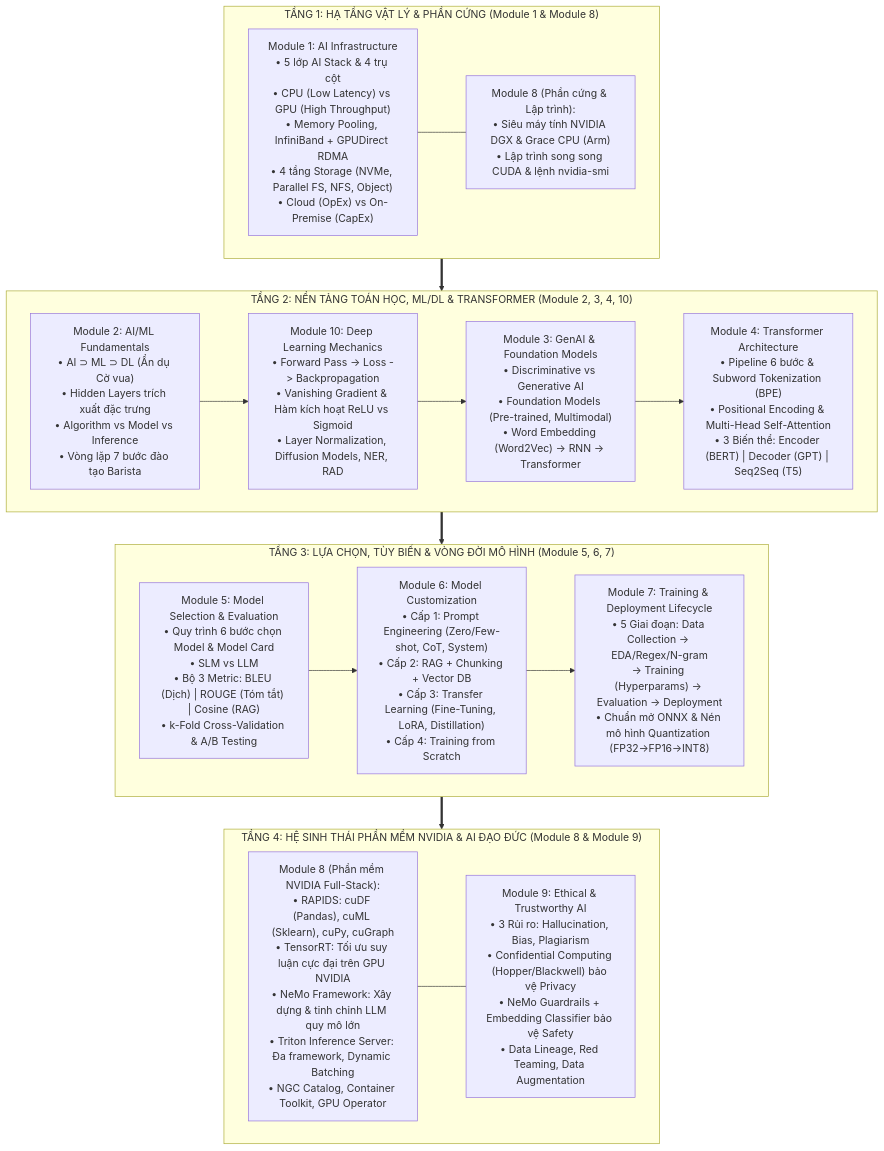
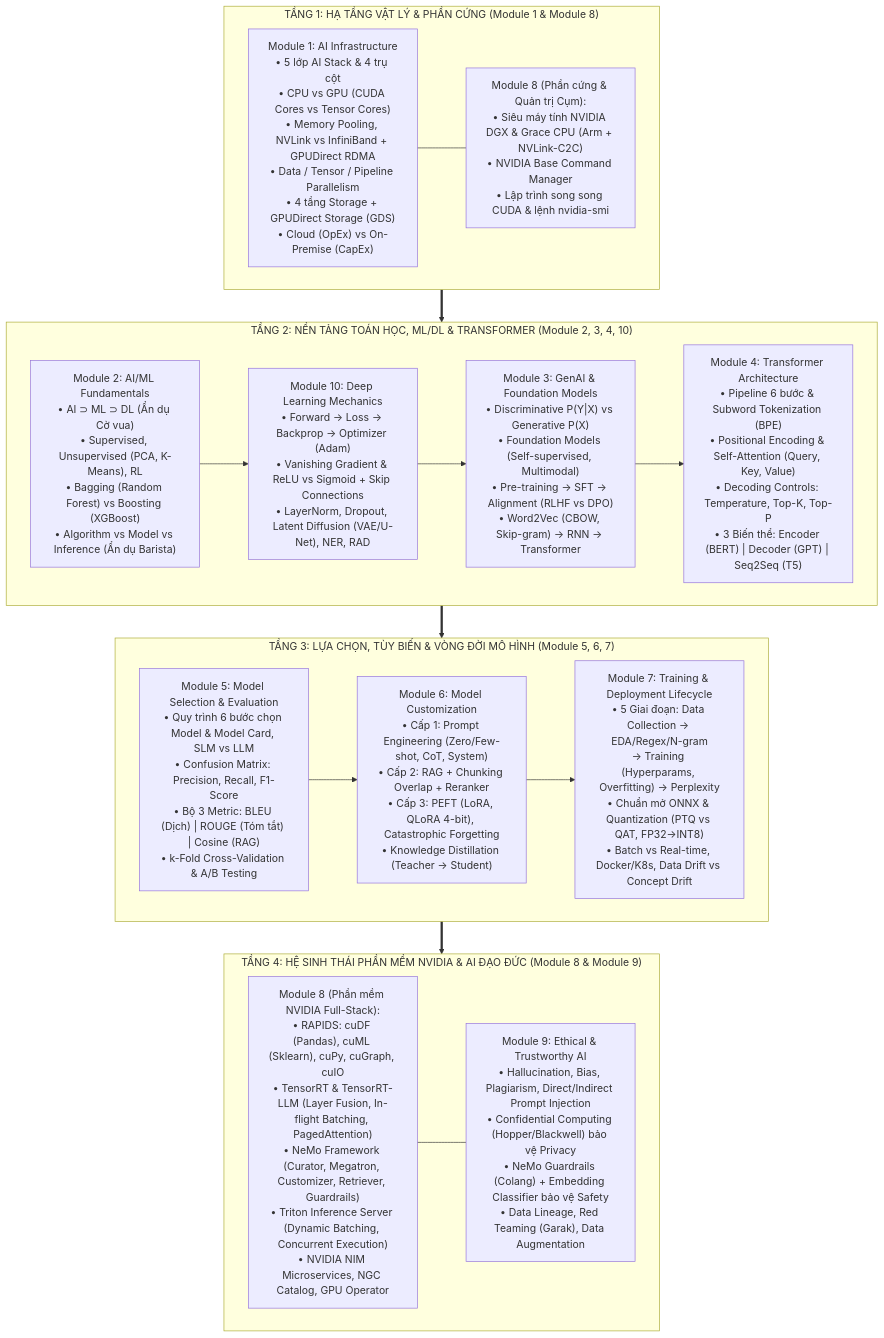
Before and after one commit to nxthanh2904/nca-genl: the diagram in README.md, drawn with Mermaid. The commit also changed other lines of this file and 3 other files, not shown here.

````diff
--- a/README.md
+++ b/README.md
@@ -11,34 +23,34 @@
 ```mermaid
 flowchart TD
     subgraph Infra["TẦNG 1: HẠ TẦNG VẬT LÝ & PHẦN CỨNG (Module 1 & Module 8)"]
-        M1["Module 1: AI Infrastructure<br/>• 5 lớp AI Stack & 4 trụ cột<br/>• CPU (Low Latency) vs GPU (High Throughput)<br/>• Memory Pooling, InfiniBand + GPUDirect RDMA<br/>• 4 tầng Storage (NVMe, Parallel FS, NFS, Object)<br/>• Cloud (OpEx) vs On-Premise (CapEx)"]
-        M8_HW["Module 8 (Phần cứng & Lập trình):<br/>• Siêu máy tính NVIDIA DGX & Grace CPU (Arm)<br/>• Lập trình song song CUDA & lệnh nvidia-smi"]
+        M1["Module 1: AI Infrastructure<br/>• 5 lớp AI Stack & 4 trụ cột<br/>• CPU vs GPU (CUDA Cores vs Tensor Cores)<br/>• Memory Pooling, NVLink vs InfiniBand + GPUDirect RDMA<br/>• Data / Tensor / Pipeline Parallelism<br/>• 4 tầng Storage + GPUDirect Storage (GDS)<br/>• Cloud (OpEx) vs On-Premise (CapEx)"]
+        M8_HW["Module 8 (Phần cứng & Quản trị Cụm):<br/>• Siêu máy tính NVIDIA DGX & Grace CPU (Arm + NVLink-C2C)<br/>• NVIDIA Base Command Manager<br/>• Lập trình song song CUDA & lệnh nvidia-smi"]
         M1 --- M8_HW
     end
 
     subgraph CoreAI["TẦNG 2: NỀN TẢNG TOÁN HỌC, ML/DL & TRANSFORMER (Module 2, 3, 4, 10)"]
-        M2["Module 2: AI/ML Fundamentals<br/>• AI ⊃ ML ⊃ DL (Ẩn dụ Cờ vua)<br/>• Hidden Layers trích xuất đặc trưng<br/>• Algorithm vs Model vs Inference<br/>• Vòng lặp 7 bước đào tạo Barista"]
-        M10["Module 10: Deep Learning Mechanics<br/>• Forward Pass -> Loss -> Backpropagation<br/>• Vanishing Gradient & Hàm kích hoạt ReLU vs Sigmoid<br/>• Layer Normalization, Diffusion Models, NER, RAD"]
-        M3["Module 3: GenAI & Foundation Models<br/>• Discriminative vs Generative AI<br/>• Foundation Models (Pre-trained, Multimodal)<br/>• Word Embedding (Word2Vec) -> RNN -> Transformer"]
-        M4["Module 4: Transformer Architecture<br/>• Pipeline 6 bước & Subword Tokenization (BPE)<br/>• Positional Encoding & Multi-Head Self-Attention<br/>• 3 Biến thể: Encoder (BERT) | Decoder (GPT) | Seq2Seq (T5)"]
+        M2["Module 2: AI/ML Fundamentals<br/>• AI ⊃ ML ⊃ DL (Ẩn dụ Cờ vua)<br/>• Supervised, Unsupervised (PCA, K-Means), RL<br/>• Bagging (Random Forest) vs Boosting (XGBoost)<br/>• Algorithm vs Model vs Inference (Ẩn dụ Barista)"]
+        M10["Module 10: Deep Learning Mechanics<br/>• Forward -> Loss -> Backprop -> Optimizer (Adam)<br/>• Vanishing Gradient & ReLU vs Sigmoid + Skip Connections<br/>• LayerNorm, Dropout, Latent Diffusion (VAE/U-Net), NER, RAD"]
+        M3["Module 3: GenAI & Foundation Models<br/>• Discriminative P(Y|X) vs Generative P(X)<br/>• Foundation Models (Self-supervised, Multimodal)<br/>• Pre-training -> SFT -> Alignment (RLHF vs DPO)<br/>• Word2Vec (CBOW, Skip-gram) -> RNN -> Transformer"]
+        M4["Module 4: Transformer Architecture<br/>• Pipeline 6 bước & Subword Tokenization (BPE)<br/>• Positional Encoding & Self-Attention (Query, Key, Value)<br/>• Decoding Controls: Temperature, Top-K, Top-P<br/>• 3 Biến thể: Encoder (BERT) | Decoder (GPT) | Seq2Seq (T5)"]
         
         M2 --> M10 --> M3 --> M4
     end
 
     subgraph Lifecycle["TẦNG 3: LỰA CHỌN, TÙY BIẾN & VÒNG ĐỜI MÔ HÌNH (Module 5, 6, 7)"]
-        M5["Module 5: Model Selection & Evaluation<br/>• Quy trình 6 bước chọn Model & Model Card<br/>• SLM vs LLM<br/>• Bộ 3 Metric: BLEU (Dịch) | ROUGE (Tóm tắt) | Cosine (RAG)<br/>• k-Fold Cross-Validation & A/B Testing"]
-        M6["Module 6: Model Customization<br/>• Cấp 1: Prompt Engineering (Zero/Few-shot, CoT, System)<br/>• Cấp 2: RAG + Chunking + Vector DB<br/>• Cấp 3: Transfer Learning (Fine-Tuning, LoRA, Distillation)<br/>• Cấp 4: Training from Scratch"]
-        M7["Module 7: Training & Deployment Lifecycle<br/>• 5 Giai đoạn: Data Collection -> EDA/Regex/N-gram<br/>-> Training (Hyperparams) -> Evaluation -> Deployment<br/>• Chuẩn mở ONNX & Nén mô hình Quantization (FP32->FP16->INT8)"]
+        M5["Module 5: Model Selection & Evaluation<br/>• Quy trình 6 bước chọn Model & Model Card, SLM vs LLM<br/>• Confusion Matrix: Precision, Recall, F1-Score<br/>• Bộ 3 Metric: BLEU (Dịch) | ROUGE (Tóm tắt) | Cosine (RAG)<br/>• k-Fold Cross-Validation & A/B Testing"]
+        M6["Module 6: Model Customization<br/>• Cấp 1: Prompt Engineering (Zero/Few-shot, CoT, System)<br/>• Cấp 2: RAG + Chunking Overlap + Reranker<br/>• Cấp 3: PEFT (LoRA, QLoRA 4-bit), Catastrophic Forgetting<br/>• Knowledge Distillation (Teacher -> Student)"]
+        M7["Module 7: Training & Deployment Lifecycle<br/>• 5 Giai đoạn: Data Collection -> EDA/Regex/N-gram<br/>-> Training (Hyperparams, Overfitting) -> Perplexity<br/>• Chuẩn mở ONNX & Quantization (PTQ vs QAT, FP32->INT8)<br/>• Batch vs Real-time, Docker/K8s, Data Drift vs Concept Drift"]
         
         M5 --> M6 --> M7
     end
 
     subgraph Prod["TẦNG 4: HỆ SINH THÁI PHẦN MỀM NVIDIA & AI ĐẠO ĐỨC (Module 8 & Module 9)"]
-        M8_SW["Module 8 (Phần mềm NVIDIA Full-Stack):<br/>• RAPIDS: cuDF (Pandas), cuML (Sklearn), cuPy, cuGraph<br/>• TensorRT: Tối ưu suy luận cực đại trên GPU NVIDIA<br/>• NeMo Framework: Xây dựng & tinh chỉnh LLM quy mô lớn<br/>• Triton Inference Server: Đa framework, Dynamic Batching<br/>• NGC Catalog, Container Toolkit, GPU Operator"]
-        M9["Module 9: Ethical & Trustworthy AI<br/>• 3 Rủi ro: Hallucination, Bias, Plagiarism<br/>• Confidential Computing (Hopper/Blackwell) bảo vệ Privacy<br/>• NeMo Guardrails + Embedding Classifier bảo vệ Safety<br/>• Data Lineage, Red Teaming, Data Augmentation"]
+        M8_SW["Module 8 (Phần mềm NVIDIA Full-Stack):<br/>• RAPIDS: cuDF (Pandas), cuML (Sklearn), cuPy, cuGraph, cuIO<br/>• TensorRT & TensorRT-LLM (Layer Fusion, In-flight Batching, PagedAttention)<br/>• NeMo Framework (Curator, Megatron, Customizer, Retriever, Guardrails)<br/>• Triton Inference Server (Dynamic Batching, Concurrent Execution)<br/>• NVIDIA NIM Microservices, NGC Catalog, GPU Operator"]
+        M9["Module 9: Ethical & Trustworthy AI<br/>• Hallucination, Bias, Plagiarism, Direct/Indirect Prompt Injection<br/>• Confidential Computing (Hopper/Blackwell) bảo vệ Privacy<br/>• NeMo Guardrails (Colang) + Embedding Classifier bảo vệ Safety<br/>• Data Lineage, Red Teaming (Garak), Data Augmentation"]
         
         M8_SW --- M9
     end
 
     Infra ==> CoreAI ==> Lifecycle ==> Prod
 ```
````
